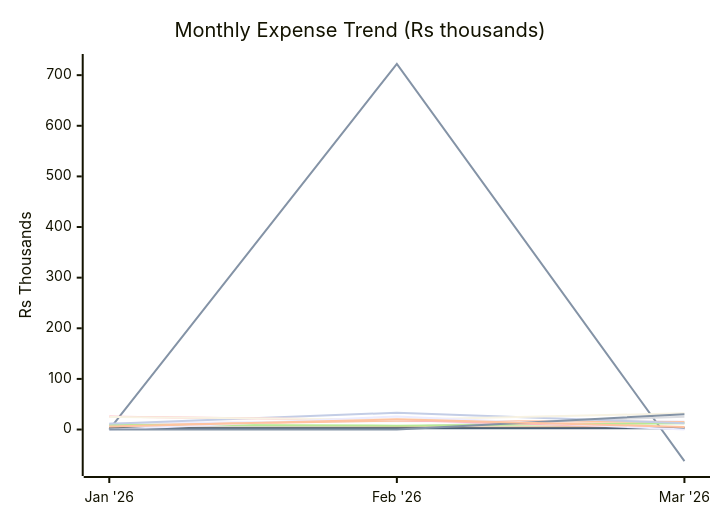
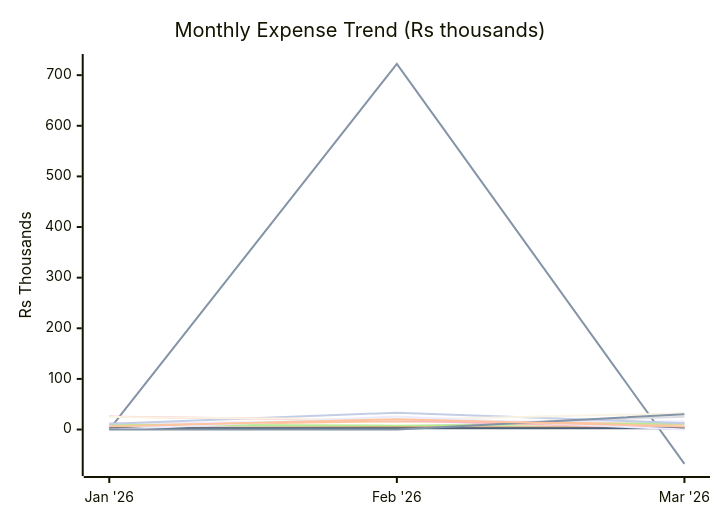
One commit to sachin-hg/expense-reporter changed the first of 2 diagrams in reports/2026-03.md. Above: the diagram before and after it, drawn with Mermaid. The commit also changed other lines of this file and 18 other files, not shown here.

````diff
--- a/reports/2026-03.md
+++ b/reports/2026-03.md
@@ -26,19 +26,19 @@
 ```mermaid
 xychart-beta
     title "Monthly Expense Trend (Rs thousands)"
     x-axis ["Jan '26", "Feb '26", "Mar '26"]
     y-axis "Rs Thousands" -75 --> 725
-    line "Travel" [12.1, 16.5, 16.1]
-    line "Trip" [0.0, 722.3, -62.4]
-    line "Shopping" [7.8, 17.5, 15.1]
+    line "Travel" [12.2, 16.5, 15.9]
+    line "Trip" [0.0, 722.3, -67.9]
+    line "Shopping" [7.8, 16.4, 10.6]
     line "Baby" [7.7, 5.6, 25.3]
-    line "Outside Food" [9.5, 7.6, 12.6]
-    line "Grocery" [2.9, 3.5, 4.7]
+    line "Outside Food" [9.5, 7.6, 12.1]
+    line "Grocery" [2.5, 4.5, 4.7]
     line "Utilities & Bills" [11.5, 33.2, 12.6]
-    line "Health, Fitness & Self Care" [25.5, 18.6, 2.5]
+    line "Health, Fitness & Self Care" [25.5, 18.3, 2.5]
     line "Upskill / AI" [2.6, 2.5, 2.6]
     line "Rohan" [24.8, 19.3, 32.0]
     line "One-Time Expense" [0.0, 25.8, 0.0]
     line "Tax" [0.0, 0.0, 30.3]
-    line "Others" [6.0, 20.1, 5.2]
+    line "Others" [6.3, 20.3, 5.9]
 ```
````
